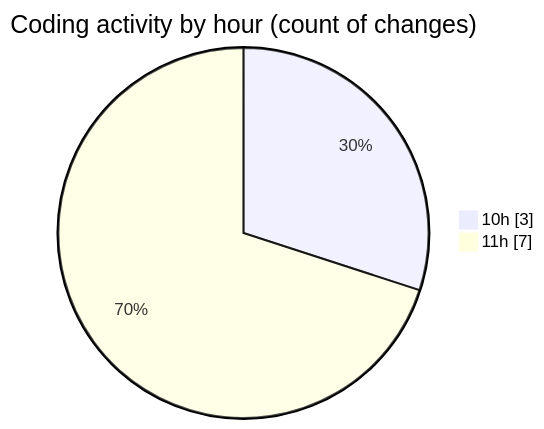
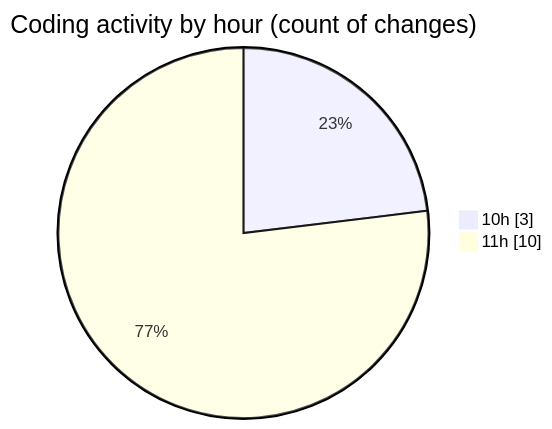
One commit to nxtqubesakshisongat/code-tracking changed the second of 2 diagrams in 2025-08-29/nxtqube_webapp/README.md. Above: the diagram before and after it, drawn with Mermaid. The commit also changed other lines of this file and 1 other file, not shown here.

````diff
--- a/2025-08-29/nxtqube_webapp/README.md
+++ b/2025-08-29/nxtqube_webapp/README.md
@@ -31,6 +31,6 @@
 ```mermaid
 pie showData
 title Coding activity by hour (count of changes)
 "10h" : 3
-"11h" : 7
+"11h" : 10
 ```
````
